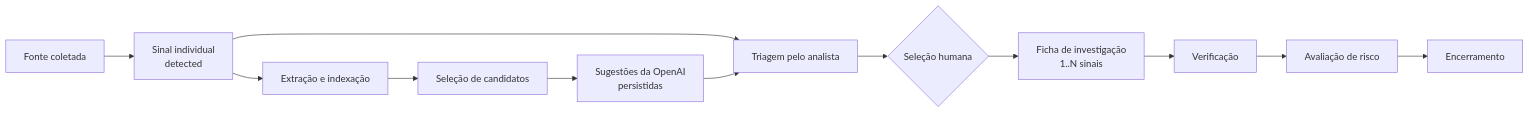
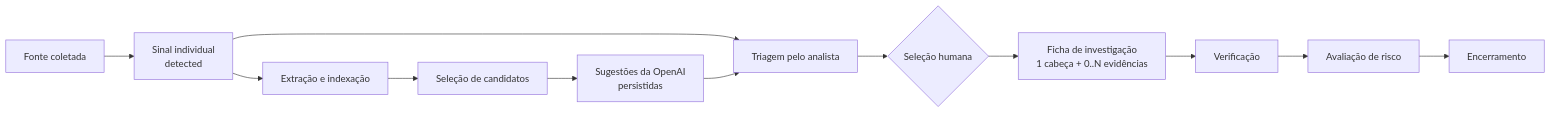
The first of 2 diagrams in docs/signal-domain-transition.md (g-f307/vbe-hub), drawn with Mermaid before and after one commit. The commit also changed other lines of this file and 32 other files, not shown here.

````diff
--- a/docs/signal-domain-transition.md
+++ b/docs/signal-domain-transition.md
@@ -45,14 +45,14 @@
 ```mermaid
 flowchart LR
   F[Fonte coletada] --> S[Sinal individual\ndetected]
   S --> X[Extração e indexação]
   X --> Q[Seleção de candidatos]
   Q --> R[Sugestões da OpenAI\npersistidas]
   S --> T[Triagem pelo analista]
   R --> T
   T --> H{Seleção humana}
-  H --> I[Ficha de investigação\n1..N sinais]
+  H --> I[Ficha de investigação\n1 cabeça + 0..N evidências]
   I --> V[Verificação]
   V --> A[Avaliação de risco]
   A --> C[Encerramento]
 ```
````
